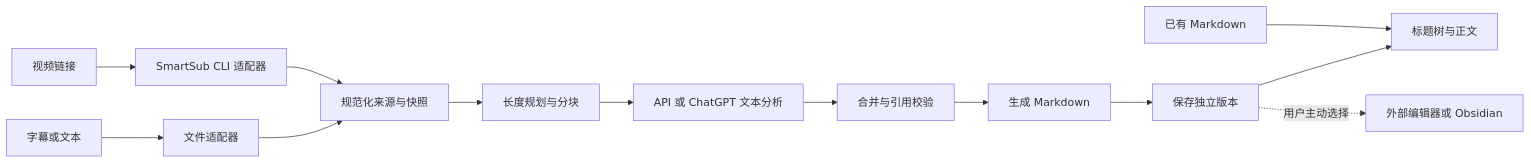
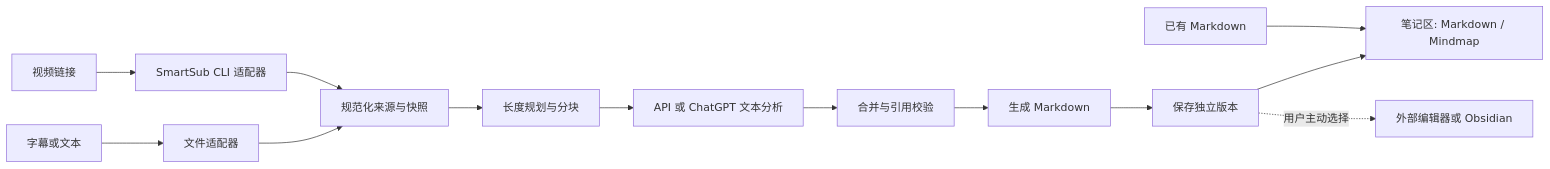
The diagram in docs/架构.md (yuenanmu/ClipNote), drawn with Mermaid before and after one commit. The commit also changed other lines of this file and 37 other files, not shown here.

First line of the commit message:
feat(reader): 增加持久笔记区与 Markdown Mindmap 切换

````diff
--- a/docs/架构.md
+++ b/docs/架构.md
@@ -17,15 +17,15 @@
 ```mermaid
 flowchart LR
   F[字幕或文本] --> FI[文件适配器]
   U[视频链接] --> SS[SmartSub CLI 适配器]
   FI --> S[规范化来源与快照]
   SS --> S
   S --> C[长度规划与分块]
   C --> AI[API 或 ChatGPT 文本分析]
   AI --> V[合并与引用校验]
   V --> M[生成 Markdown]
   M --> P[保存独立版本]
-  P --> R[标题树与正文]
+  P --> R[笔记区: Markdown / Mindmap]
   E[已有 Markdown] --> R
   P -.用户主动选择.-> O[外部编辑器或 Obsidian]
 ```
````
